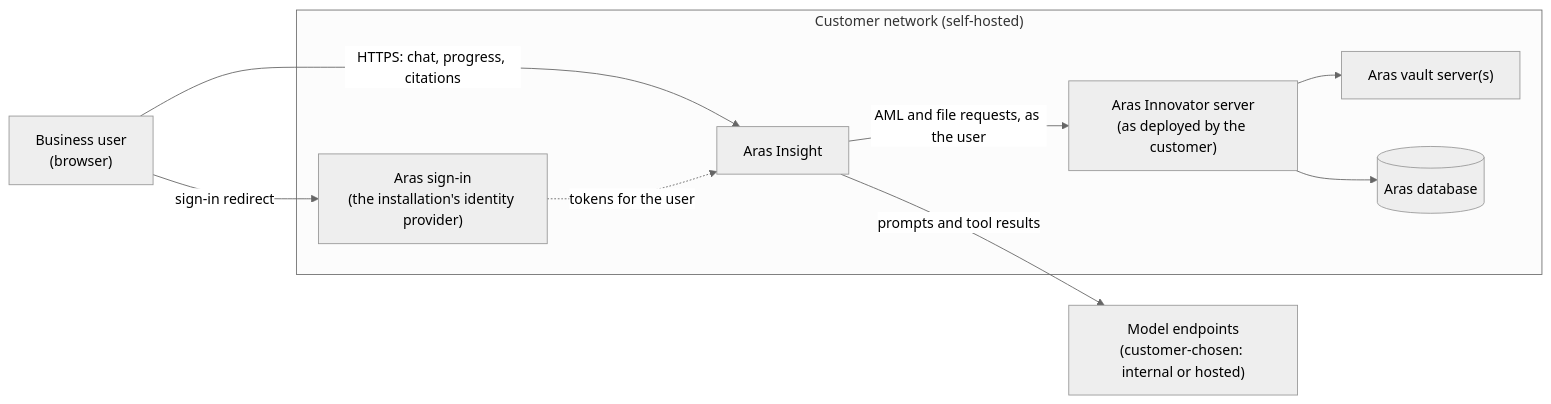
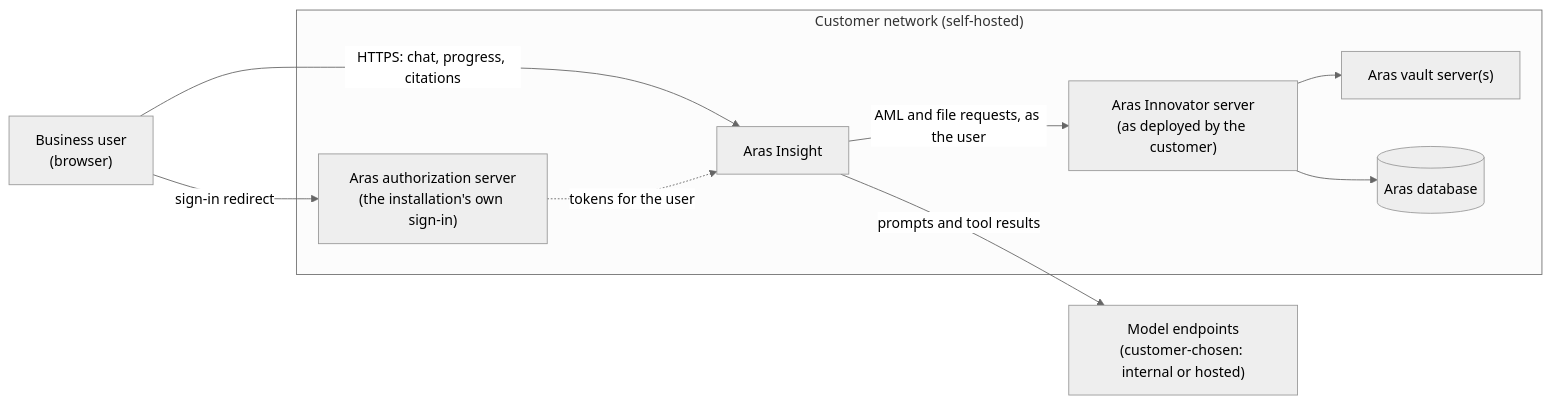
The first of 3 diagrams in docs/architecture/overview.md (omkarbhale/aras-insight), drawn with Mermaid (neutral theme) before and after one commit. The commit also changed other lines of this file and 99 other files, not shown here.

````diff
--- a/docs/architecture/overview.md
+++ b/docs/architecture/overview.md
@@ -19,20 +19,20 @@
 ```mermaid
 flowchart LR
     user["Business user<br/>(browser)"]
     subgraph customer["Customer network (self-hosted)"]
         insight["Aras Insight"]
         aras["Aras Innovator server<br/>(as deployed by the customer)"]
         vault["Aras vault server(s)"]
         db[("Aras database")]
-        idp["Aras sign-in<br/>(the installation's identity provider)"]
+        idp["Aras authorization server<br/>(the installation's own sign-in)"]
     end
     models["Model endpoints<br/>(customer-chosen: internal or hosted)"]
 
     user -->|"HTTPS: chat, progress, citations"| insight
     user -->|"sign-in redirect"| idp
     insight -->|"AML and file requests, as the user"| aras
     aras --> db
     aras --> vault
     insight -->|"prompts and tool results"| models
     idp -.->|"tokens for the user"| insight
 ```
````
